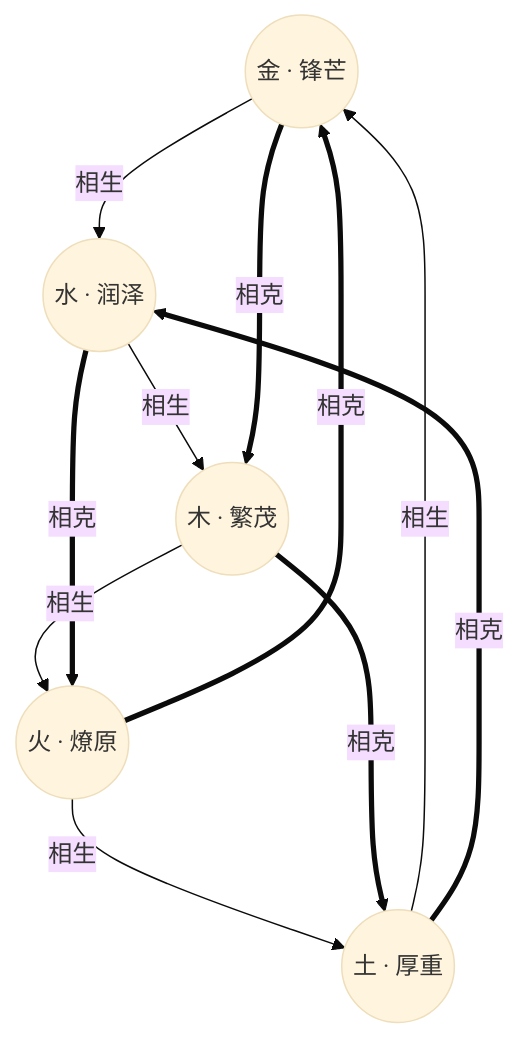
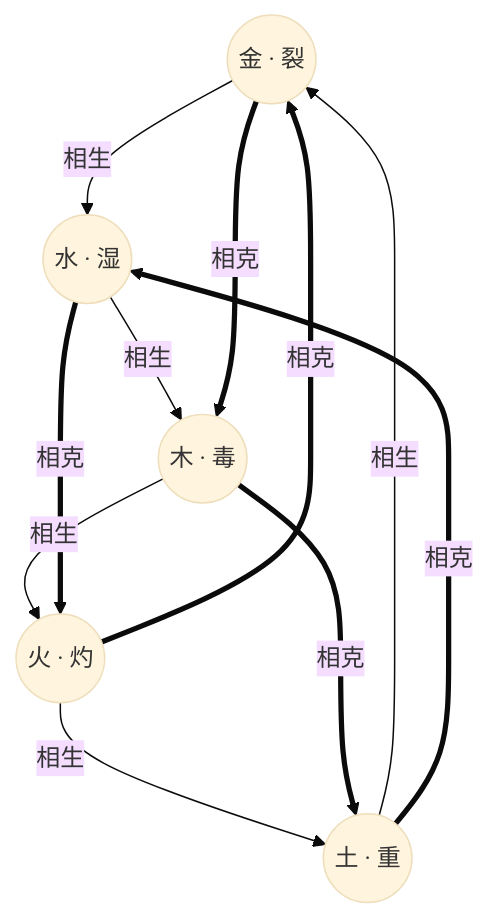
The first of 6 diagrams in docs/Wuxing_System_Design.md (niuchangsheng/TowerDefense), drawn with Mermaid (base theme) before and after one commit. The commit also changed other lines of this file, not shown here.

````diff
--- a/docs/Wuxing_System_Design.md
+++ b/docs/Wuxing_System_Design.md
@@ -77,23 +115,23 @@
 ```mermaid
 flowchart TD
     %% 节点定义（顺时针排布：金在正上方）
-    Metal((金 · 锋芒))
-    Water((水 · 润泽))
-    Wood((木 · 繁茂))
-    Fire((火 · 燎原))
-    Earth((土 · 厚重))
+    Metal((金 · 裂))
+    Water((水 · 湿))
+    Wood((木 · 毒))
+    Fire((火 · 灼))
+    Earth((土 · 重))
 
     %% 1. 顺时针外圈单向相生（白线：金生水、水生木、木生火、火生土、土生金）
     Metal -->|相生| Water
     Water -->|相生| Wood
     Wood -->|相生| Fire
     Fire -->|相生| Earth
     Earth -->|相生| Metal
 
     %% 2. 隔位单向相克五角星（黑线：金克木、木克土、土克水、水克火、火克金）
     Metal ==>|相克| Wood
     Wood ==>|相克| Earth
     Earth ==>|相克| Water
     Water ==>|相克| Fire
     Fire ==>|相克| Metal
 ```
````
